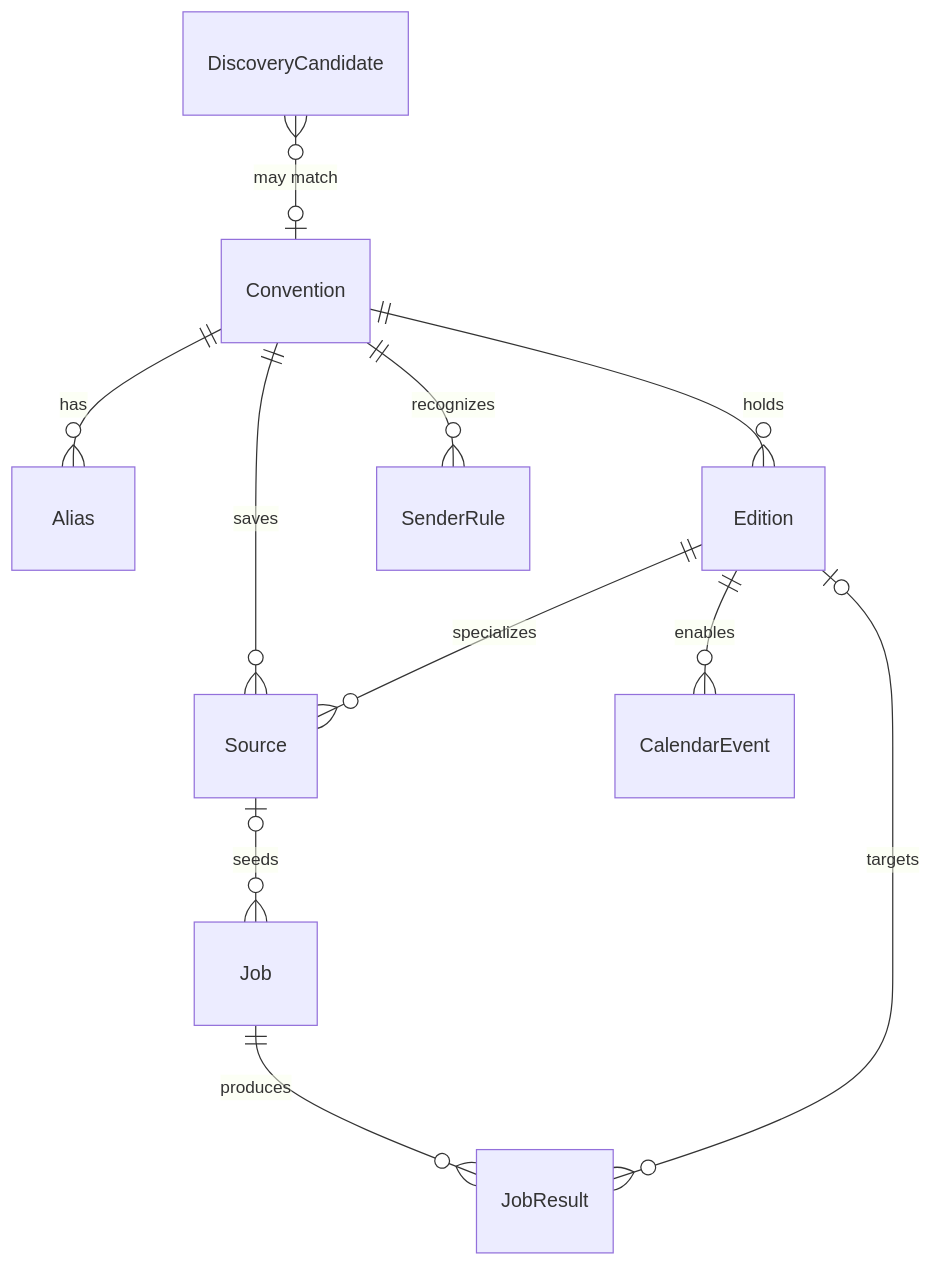
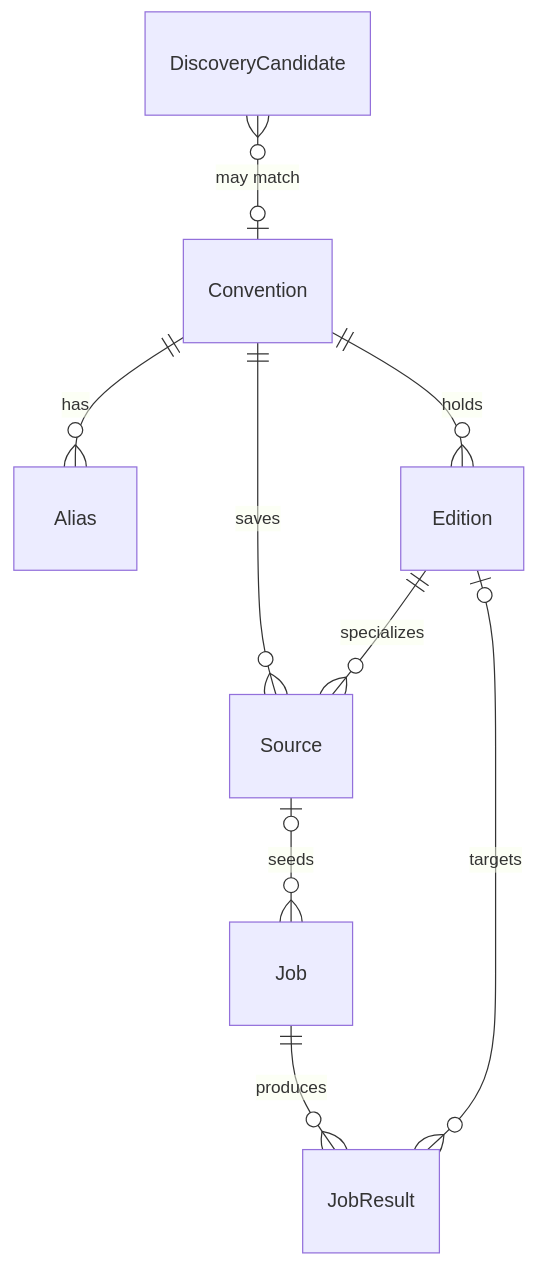
The third of 4 diagrams in docs/DESIGN.md (leav/expo_tracker), drawn with Mermaid before and after one commit. The commit also changed other lines of this file and 49 other files, not shown here.

````diff
--- a/docs/DESIGN.md
+++ b/docs/DESIGN.md
@@ -192,13 +190,11 @@
 ```mermaid
 erDiagram
   Convention ||--o{ Alias : has
   Convention ||--o{ Edition : holds
   Convention ||--o{ Source : saves
   Edition ||--o{ Source : specializes
   Source o|--o{ Job : seeds
   Job ||--o{ JobResult : produces
   Edition o|--o{ JobResult : targets
-  Edition ||--o{ CalendarEvent : enables
-  Convention ||--o{ SenderRule : recognizes
   DiscoveryCandidate }o--o| Convention : "may match"
 ```
````
